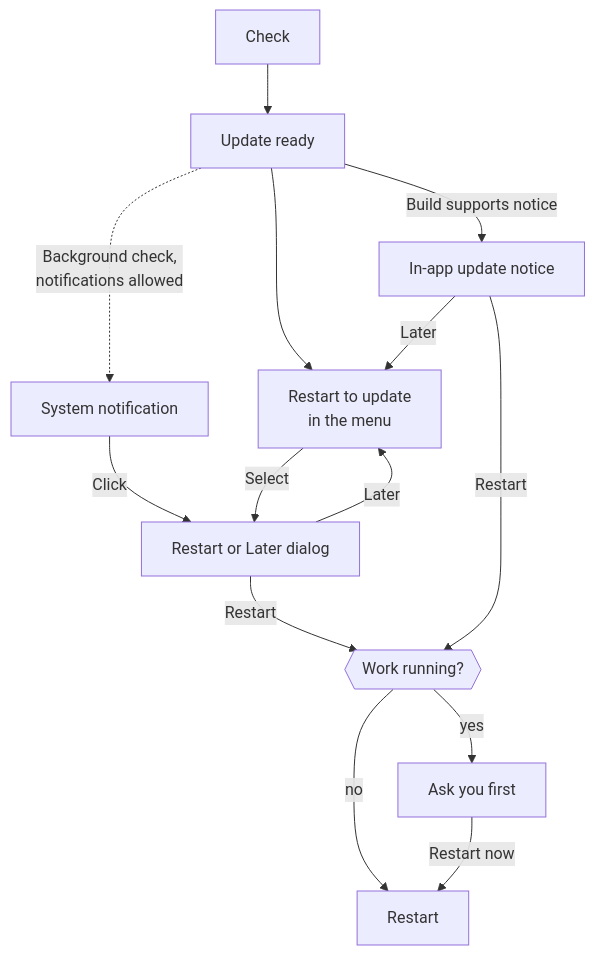
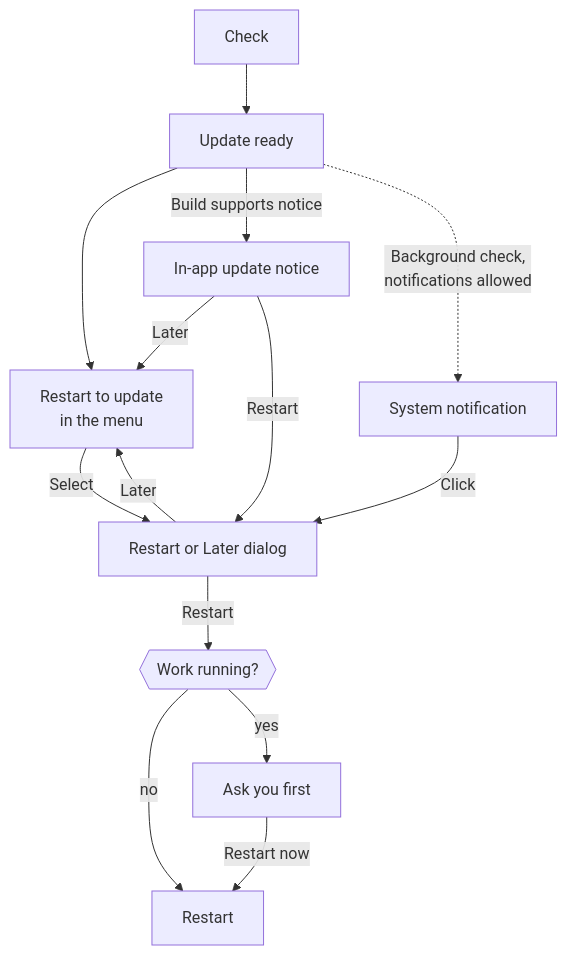
One commit to n8n-io/nod changed the second of 2 diagrams in docs/src/content/docs/deploy/desktop-app.mdx. Above: the diagram before and after it, drawn with Mermaid. The commit also changed other lines of this file and 5 other files, not shown here.

````diff
--- a/docs/src/content/docs/deploy/desktop-app.mdx
+++ b/docs/src/content/docs/deploy/desktop-app.mdx
@@ -143,16 +143,16 @@
 ```mermaid
 flowchart TD
   check[Check]:::muted --> ready[Update ready]
   ready --> menu[Restart to update<br/>in the menu]
   ready -- Build supports notice --> notice[In-app update notice]:::accent
   ready -. Background check,<br/>notifications allowed .-> system[System notification]
   system -- Click --> confirm[Restart or Later dialog]:::accent
   confirm -- Later --> menu
   confirm -- Restart --> busy{{Work running?}}
   notice -- Later --> menu
-  notice -- Restart --> busy
+  notice -- Restart --> confirm
   menu -- Select --> confirm
   busy -- no --> restart[Restart]:::go
   busy -- yes --> ask[Ask you first]:::accent
   ask -- Restart now --> restart
 ```
````
